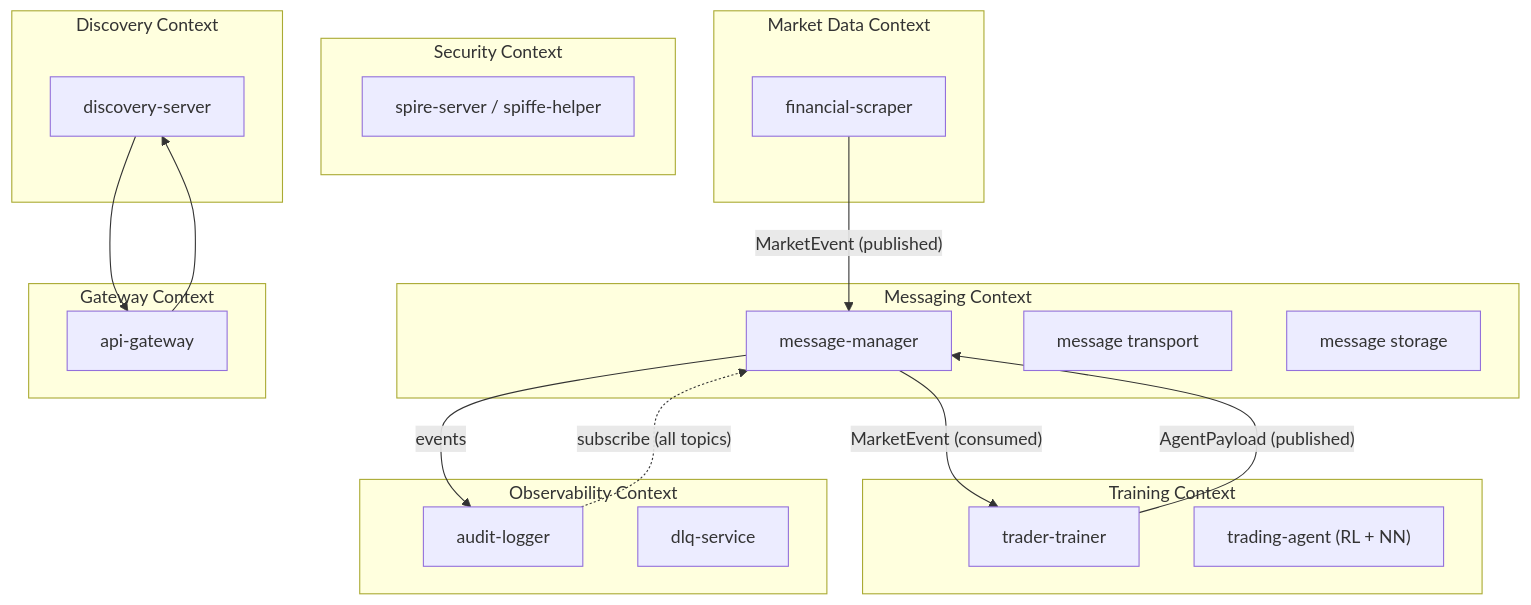
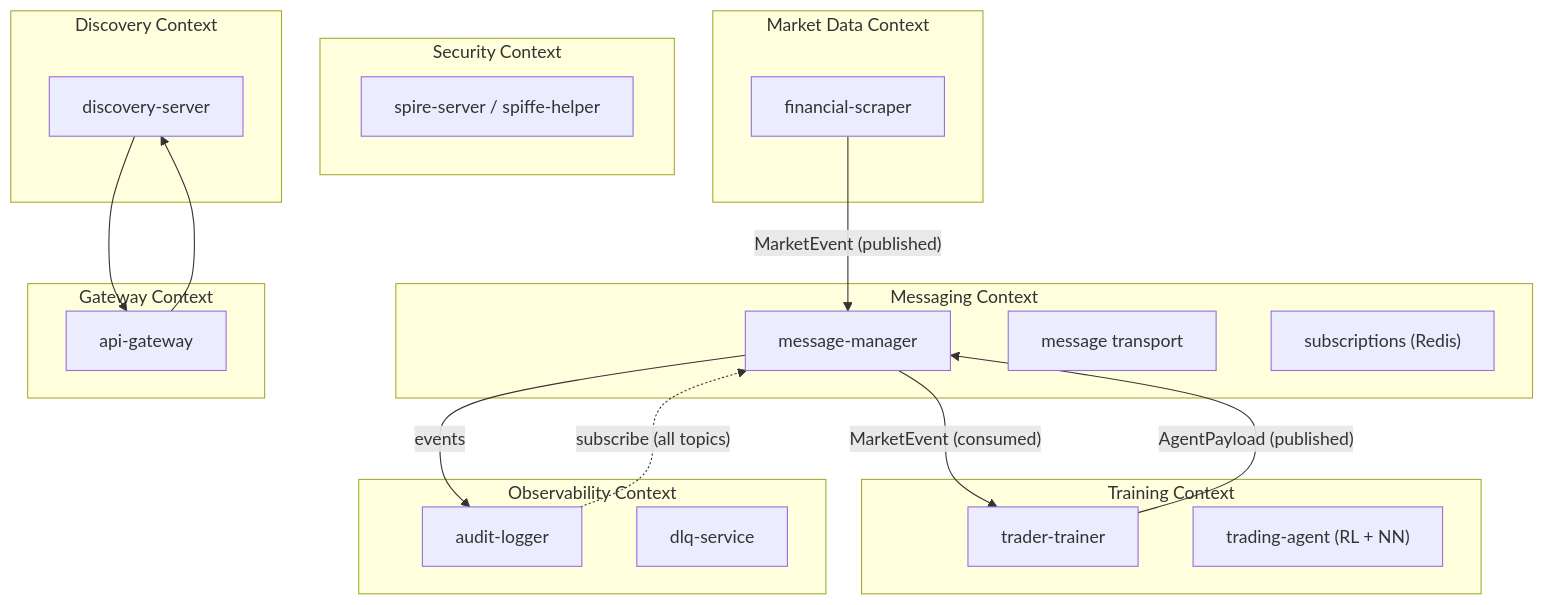
One commit to docteur-turboss/trading-model changed the diagram in docs/architecture/bounded-contexts.md. Above: the diagram before and after it, drawn with Mermaid.

Commit message:
:memo:(docs): replace message storage node with subscriptions (Redis) in bounded contexts (#376) (#402)

````diff
--- a/docs/architecture/bounded-contexts.md
+++ b/docs/architecture/bounded-contexts.md
@@ -7,36 +7,36 @@
 ```mermaid
 graph TD
     subgraph "Market Data Context"
         FS["financial-scraper"]
     end
     subgraph "Training Context"
         TT["trader-trainer"]
         TS["trading-agent (RL + NN)"]
     end
     subgraph "Messaging Context"
         MM["message-manager"]
         MT["message transport"]
-        MSG["message storage"]
+        SUB["subscriptions (Redis)"]
     end
     subgraph "Security Context"
         SP["spire-server / spiffe-helper"]
     end
     subgraph "Discovery Context"
         DS["discovery-server"]
     end
     subgraph "Observability Context"
         AL["audit-logger"]
         DLQ["dlq-service"]
     end
     subgraph "Gateway Context"
         GW["api-gateway"]
     end
 
     FS -->|"MarketEvent (published)"| MM
     MM -->|"MarketEvent (consumed)"| TT
     TT -->|"AgentPayload (published)"| MM
     MM -->|"events"| AL
     AL -.->|"subscribe (all topics)"| MM
     DS --> GW
     GW --> DS
 ```
````
